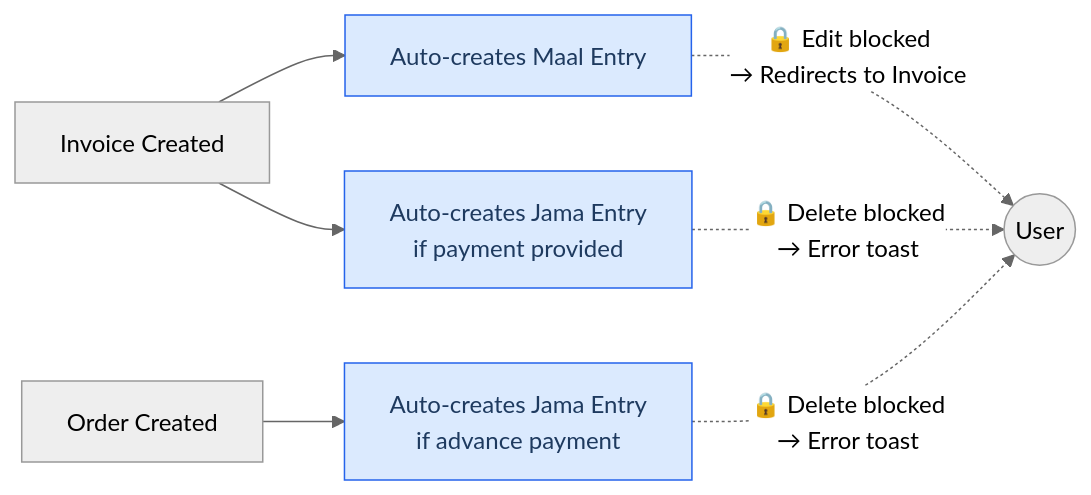
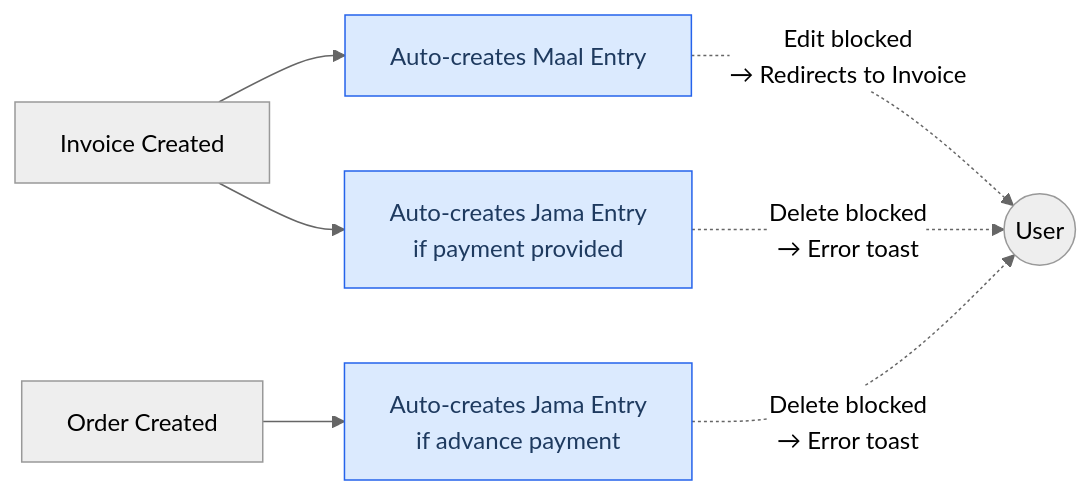
One commit to agrawalvansh/ags-erp-desktop changed the eighth of 10 diagrams in README.md. Above: the diagram before and after it, drawn with Mermaid (neutral theme). The commit also changed other lines of this file, not shown here.

````diff
--- a/README.md
+++ b/README.md
@@ -339,14 +339,14 @@
 ```mermaid
 flowchart LR
     INV[Invoice Created] --> MAAL[Auto-creates Maal Entry]
     INV --> JAMA[Auto-creates Jama Entry<br/>if payment provided]
     ORD[Order Created] --> JAMA2[Auto-creates Jama Entry<br/>if advance payment]
 
-    MAAL -. "🔒 Edit blocked<br/>→ Redirects to Invoice" .-> USER((User))
-    JAMA -. "🔒 Delete blocked<br/>→ Error toast" .-> USER
-    JAMA2 -. "🔒 Delete blocked<br/>→ Error toast" .-> USER
+    MAAL -. "Edit blocked<br/>→ Redirects to Invoice" .-> USER((User))
+    JAMA -. "Delete blocked<br/>→ Error toast" .-> USER
+    JAMA2 -. "Delete blocked<br/>→ Error toast" .-> USER
 
     style MAAL fill:#DBEAFE,stroke:#2563EB,color:#1E3A5F
     style JAMA fill:#DBEAFE,stroke:#2563EB,color:#1E3A5F
     style JAMA2 fill:#DBEAFE,stroke:#2563EB,color:#1E3A5F
 ```
````
